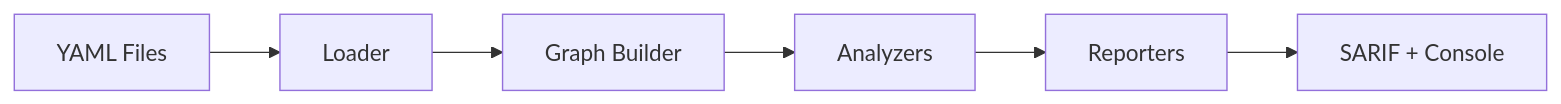
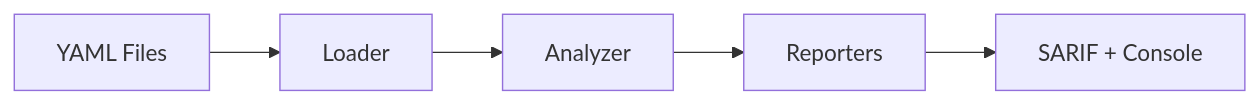
The diagram in site/docs/index.md (ugiordan/kube-chainsaw), drawn with Mermaid before and after one commit. The commit also changed other lines of this file and 22 other files, not shown here.

````diff
--- a/site/docs/index.md
+++ b/site/docs/index.md
@@ -14,8 +14,7 @@
 ```mermaid
 graph LR
     A[YAML Files] --> B[Loader]
-    B --> C[Graph Builder]
-    C --> D[Analyzers]
-    D --> E[Reporters]
-    E --> F[SARIF + Console]
+    B --> C[Analyzer]
+    C --> D[Reporters]
+    D --> E[SARIF + Console]
 ```
````
